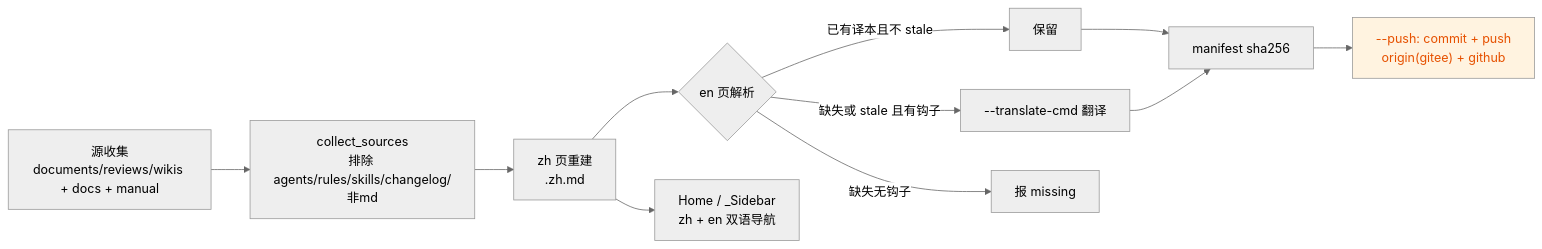
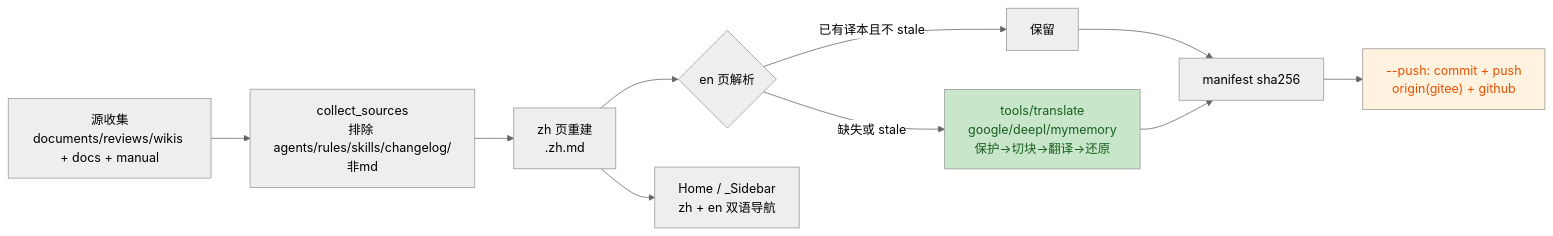
Before and after one commit to BigThxBrigde/yate: the diagram in .trae/documents/pack-wiki-plan.md, drawn with Mermaid (neutral theme). The commit also changed other lines of this file, not shown here.

Commit message:
docs(plans): replace translate hook with builtin free-api translator

````diff
--- a/.trae/documents/pack-wiki-plan.md
+++ b/.trae/documents/pack-wiki-plan.md
@@ -126,14 +147,14 @@
 ```mermaid
 flowchart LR
     A["源收集<br/>documents/reviews/wikis + docs + manual"] --> B["collect_sources<br/>排除 agents/rules/skills/changelog/非md"]
     B --> C["zh 页重建<br/><name>.zh.md"]
     C --> D{"en 页解析"}
     D -->|已有译本且不 stale| E[保留]
-    D -->|缺失或 stale 且有钩子| F["--translate-cmd 翻译"]
-    D -->|缺失无钩子| G[报 missing]
+    D -->|缺失或 stale| F["tools/translate<br/>google/deepl/mymemory<br/>保护→切块→翻译→还原"]
     C --> H["Home / _Sidebar<br/>zh + en 双语导航"]
     E --> I["manifest sha256"]
     F --> I
     I --> J["--push: commit + push<br/>origin(gitee) + github"]
+    style F fill:#c8e6c9,color:#1a5e20
     style J fill:#fff3e0,color:#e65100
 ```
````
